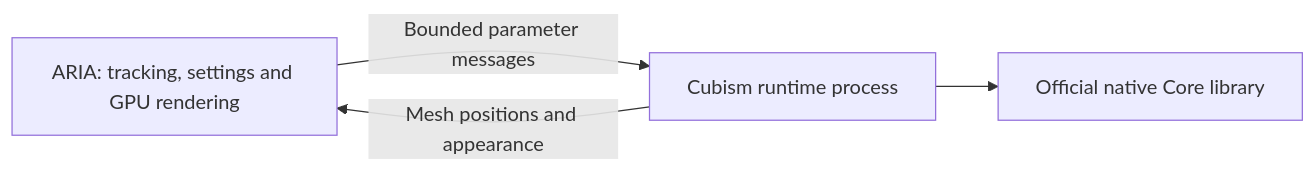
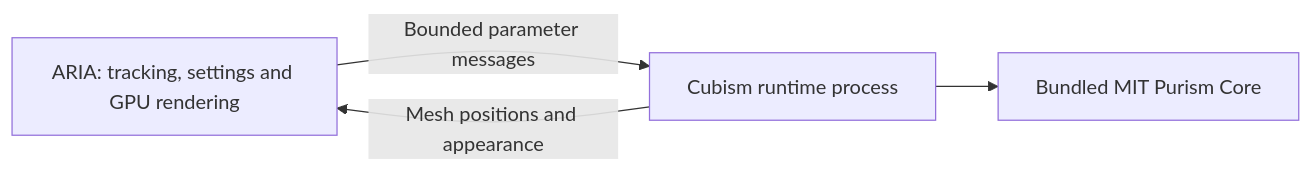
The diagram in docs/platforms.md (NekoUnix/A.R.I.A), drawn with Mermaid before and after one commit. The commit also changed other lines of this file and 50 other files, not shown here.

Commit message:
Release v0.37 Alpha with bundled Purism Core and expressive physics

````diff
--- a/docs/platforms.md
+++ b/docs/platforms.md
@@ -23,6 +23,6 @@
 ```mermaid
 flowchart LR
     UI[ARIA: tracking, settings and GPU rendering] -->|Bounded parameter messages| Host[Cubism runtime process]
-    Host --> Core[Official native Core library]
+    Host --> Core[Bundled MIT Purism Core]
     Host -->|Mesh positions and appearance| UI
 ```
````
